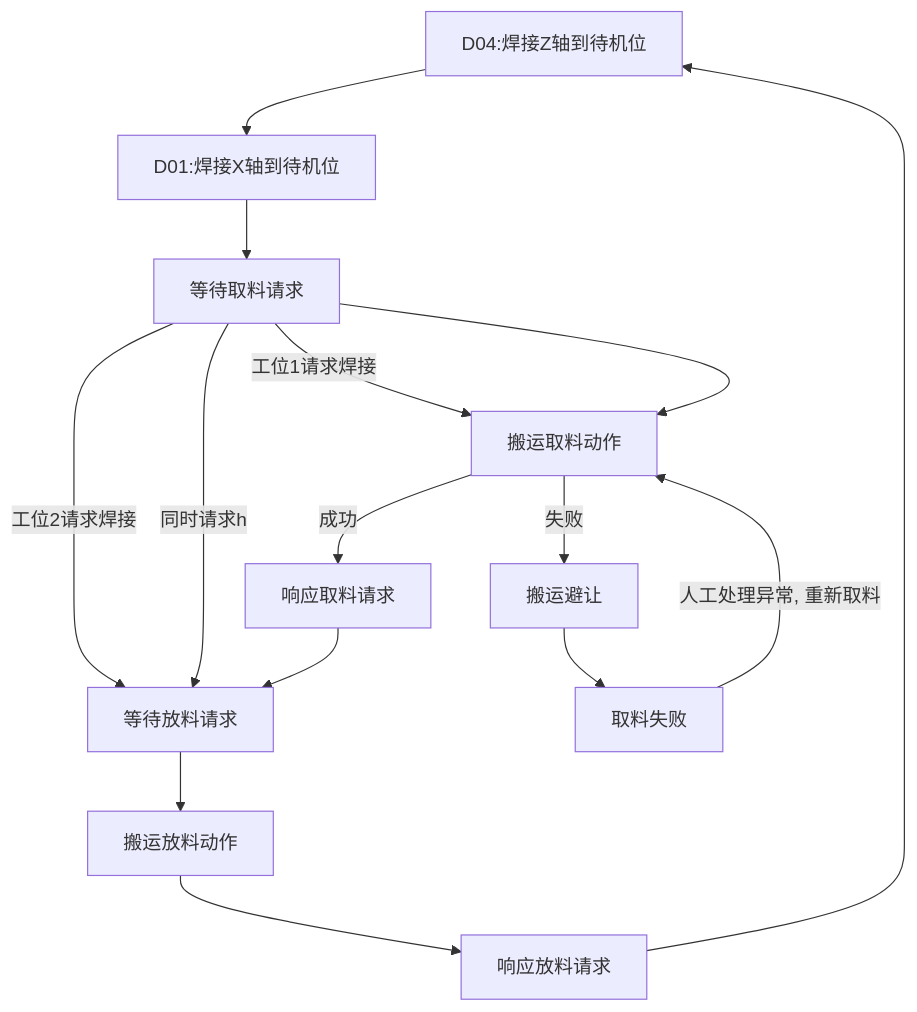
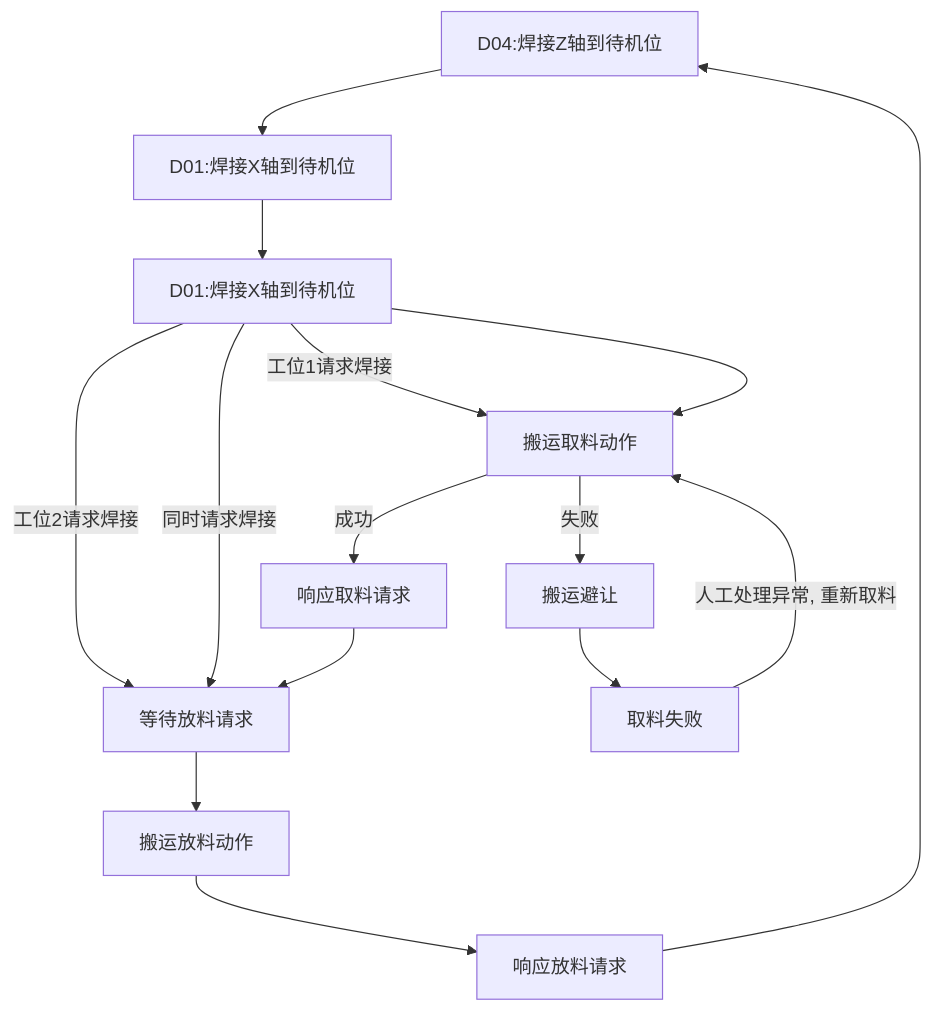
Before and after one commit to PengKun1/iodraw-files: the diagram in all/OP10焊接工位自动流程.md, drawn with Mermaid.

Commit message:
2024-08-06 16:56:02 update

````diff
--- a/all/OP10焊接工位自动流程.md
+++ b/all/OP10焊接工位自动流程.md
@@ -1,19 +1,19 @@
 ```mermaid
 graph TD
 10[D04:焊接Z轴到待机位]-->20
 20[D01:焊接X轴到待机位]-->30
 30{等待请求焊接信号}-->|工位1请求焊接|40
 30-->|工位2请求焊接|60
-30-->|同时请求h|60
-30[等待取料请求]-->40
+30-->|同时请求焊接|60
+30[D01:焊接X轴到待机位]-->40
 40[搬运取料动作]-->|成功|50
 40-->|失败|90
 50[响应取料请求]-->60
 60[等待放料请求]-->70
 70[搬运放料动作]-->80
 80[响应放料请求]-->10
 
 90[搬运避让]-->900
 
 900[取料失败]-->|人工处理异常, 重新取料|40
 ```
````
